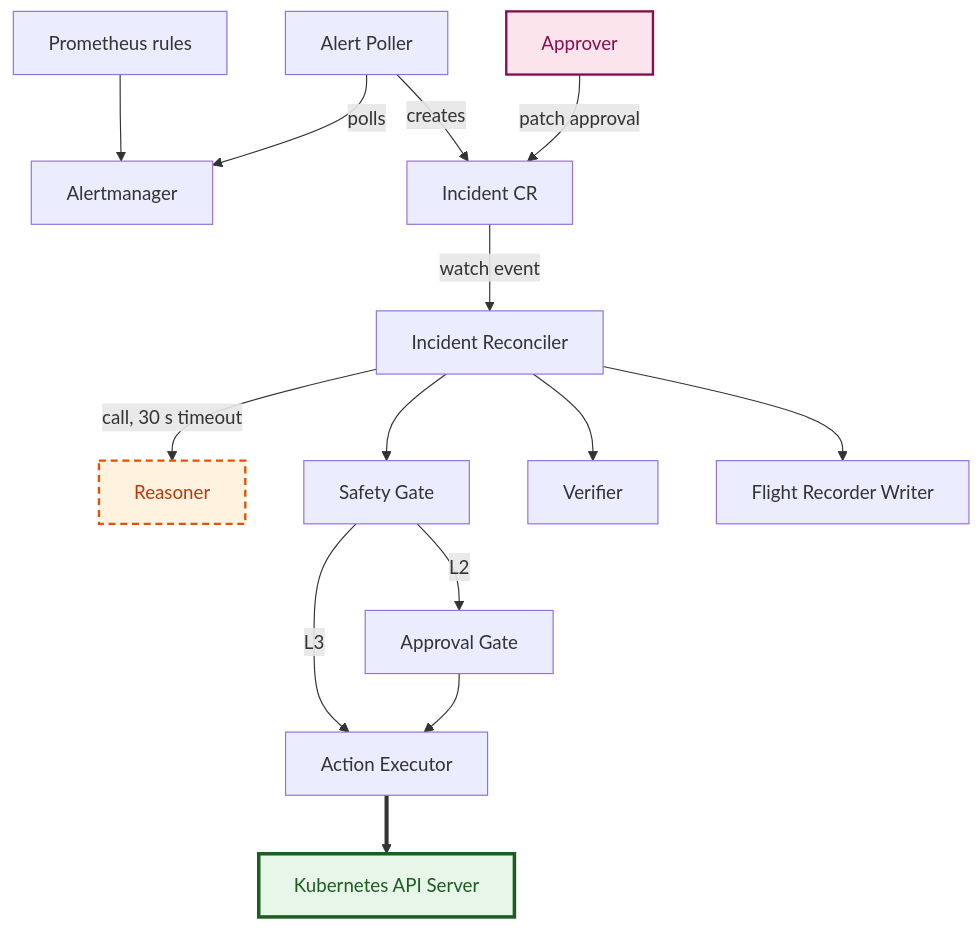
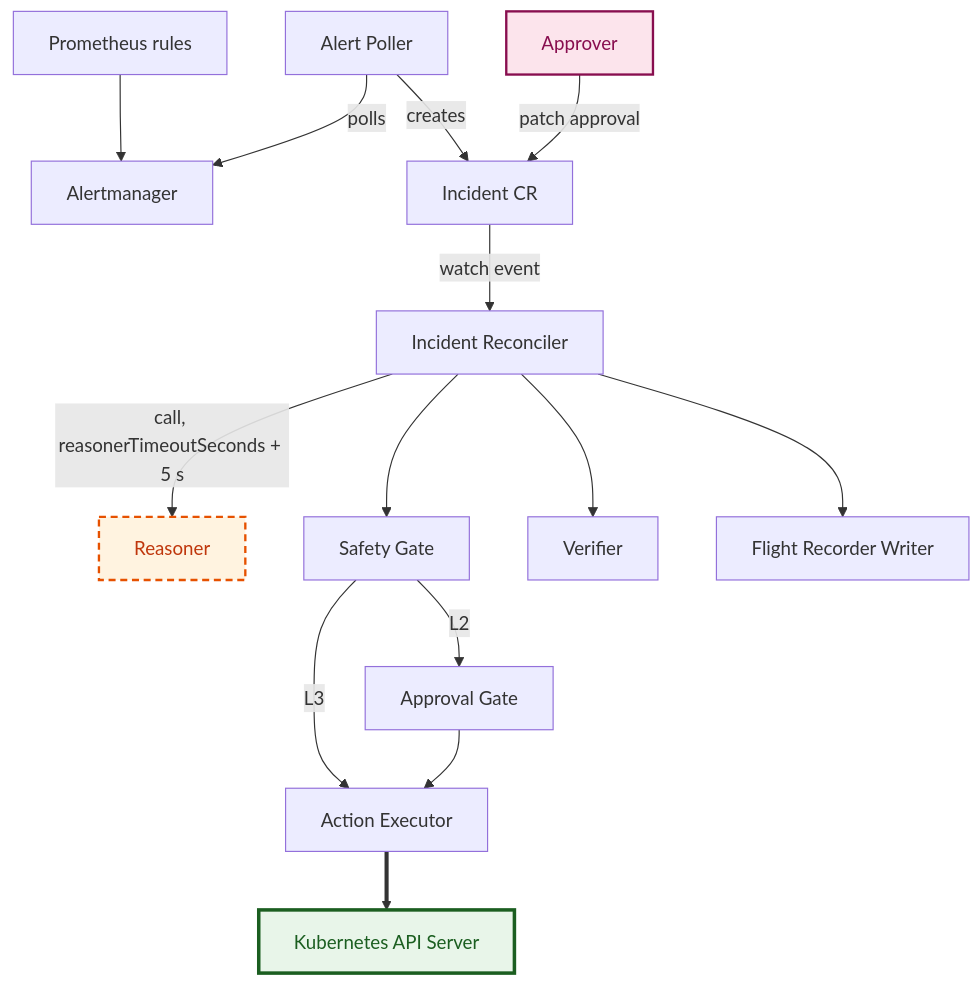
Before and after one commit to koussayx8/nexus-platform: diagram 23 of 24 in docs/architecture/final-spec.md, drawn with Mermaid. The commit also changed other lines of this file and 1 other file, not shown here.

````diff
--- a/docs/architecture/final-spec.md
+++ b/docs/architecture/final-spec.md
@@ -2002,19 +2085,19 @@
 ```mermaid
 flowchart TD
   DT[Prometheus rules] --> AMG[Alertmanager]
   AP[Alert Poller] -->|polls| AMG
   AP -->|creates| INC[Incident CR]
   INC -->|watch event| REC[Incident Reconciler]
-  REC -->|call, 30 s timeout| RS[Reasoner]:::untrusted
+  REC -->|call, reasonerTimeoutSeconds + 5 s| RS[Reasoner]:::untrusted
   REC --> SG[Safety Gate]
   SG -->|L2| AG[Approval Gate]
   HU[Approver]:::human -->|patch approval| INC
   SG -->|L3| AX[Action Executor]
   AG --> AX
   AX ==> API[Kubernetes API Server]:::trusted
   REC --> VF[Verifier]
   REC --> FRW[Flight Recorder Writer]
   classDef trusted fill:#E8F5E9,stroke:#1B5E20,stroke-width:3px,color:#1B5E20
   classDef untrusted fill:#FFF3E0,stroke:#E65100,stroke-width:2px,stroke-dasharray:6 4,color:#BF360C
   classDef human fill:#FCE4EC,stroke:#880E4F,stroke-width:2px,color:#880E4F
 ```
````
